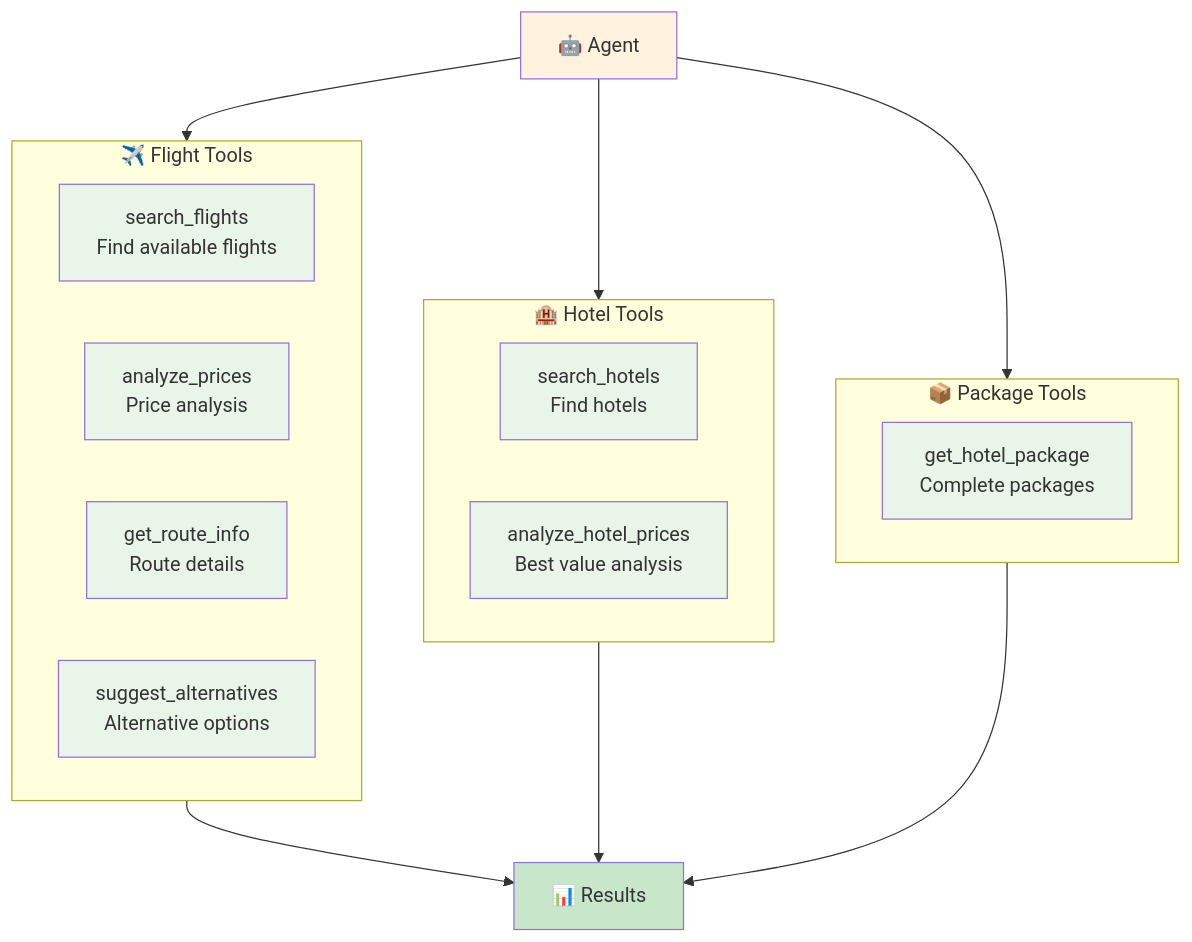
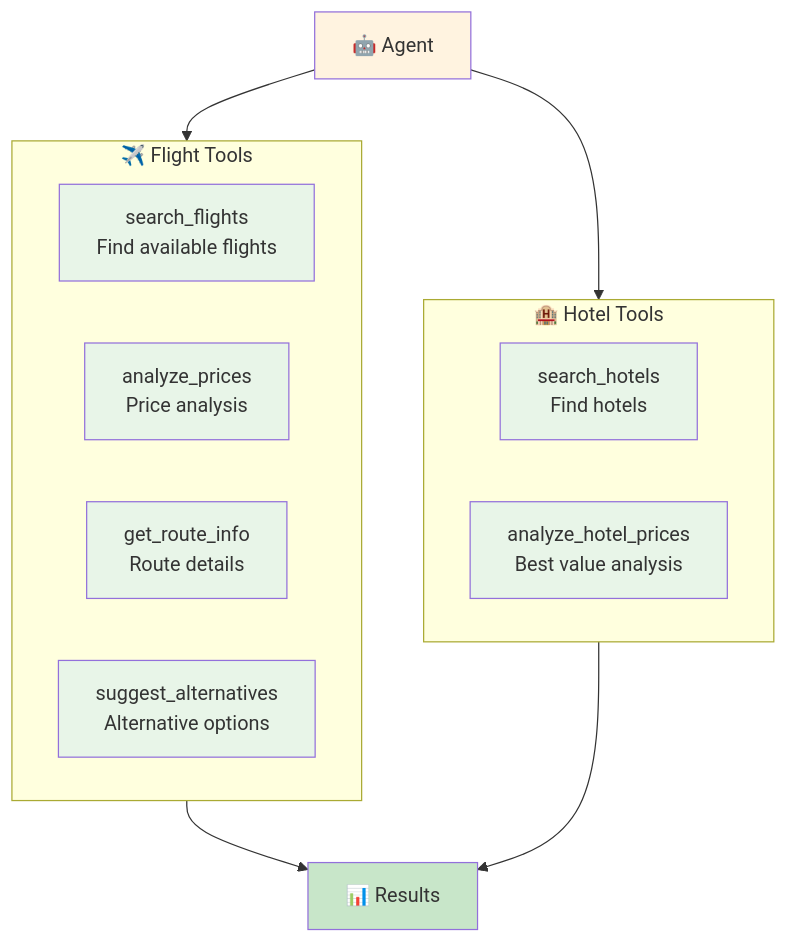
The fifth of 10 diagrams in README.md (Rithanya918/Travel-Agent-), drawn with Mermaid before and after one commit. The commit also changed other lines of this file, not shown here.

````diff
--- a/README.md
+++ b/README.md
@@ -153,34 +153,29 @@
 ```mermaid
 graph TB
     subgraph FlightTools[✈️ Flight Tools]
         SF[search_flights<br/>Find available flights]
         AP[analyze_prices<br/>Price analysis]
         GR[get_route_info<br/>Route details]
         SA[suggest_alternatives<br/>Alternative options]
     end
     
     subgraph HotelTools[🏨 Hotel Tools]
         SH[search_hotels<br/>Find hotels]
         AH[analyze_hotel_prices<br/>Best value analysis]
     end
     
-    subgraph PackageTools[📦 Package Tools]
-        GP[get_hotel_package<br/>Complete packages]
-    end
     
     Agent[🤖 Agent] --> FlightTools
     Agent --> HotelTools
-    Agent --> PackageTools
     
     FlightTools --> Results[📊 Results]
     HotelTools --> Results
-    PackageTools --> Results
     
     classDef agent fill:#fff3e0
     classDef tools fill:#e8f5e8
     classDef results fill:#c8e6c9
     
     class Agent agent
     class SF,AP,GR,SA,SH,AH,GP tools
     class Results results
 ```
````
